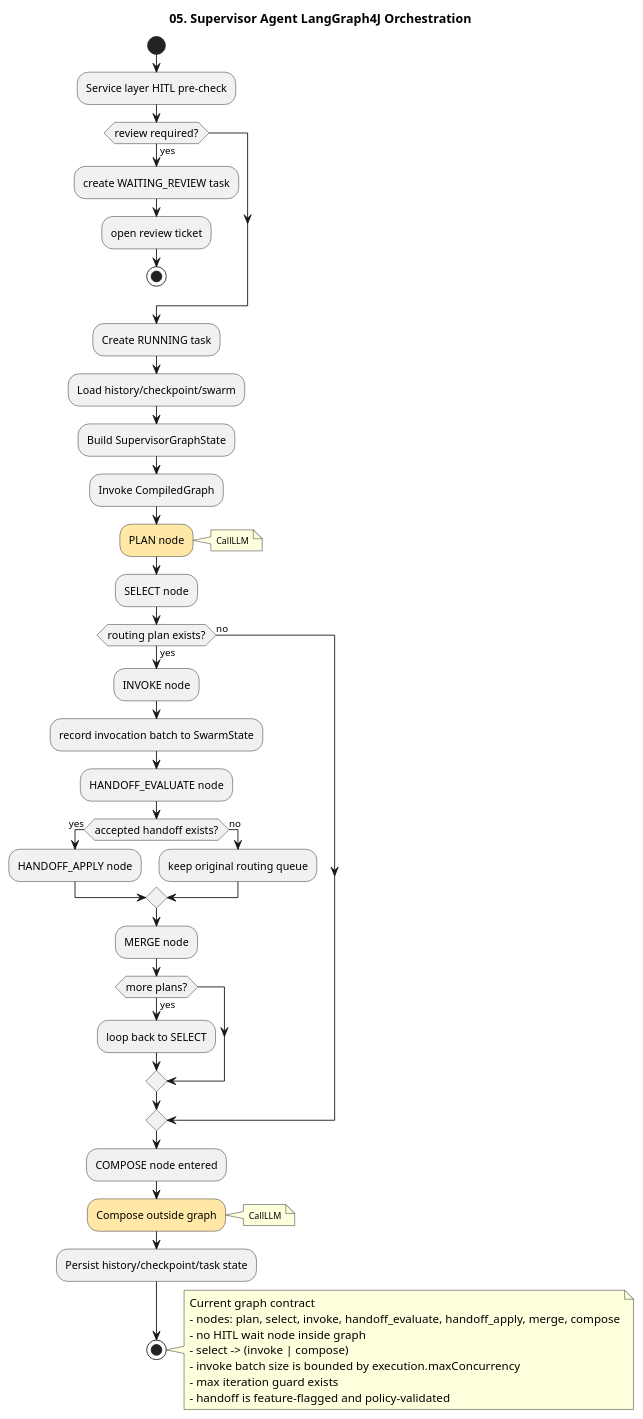
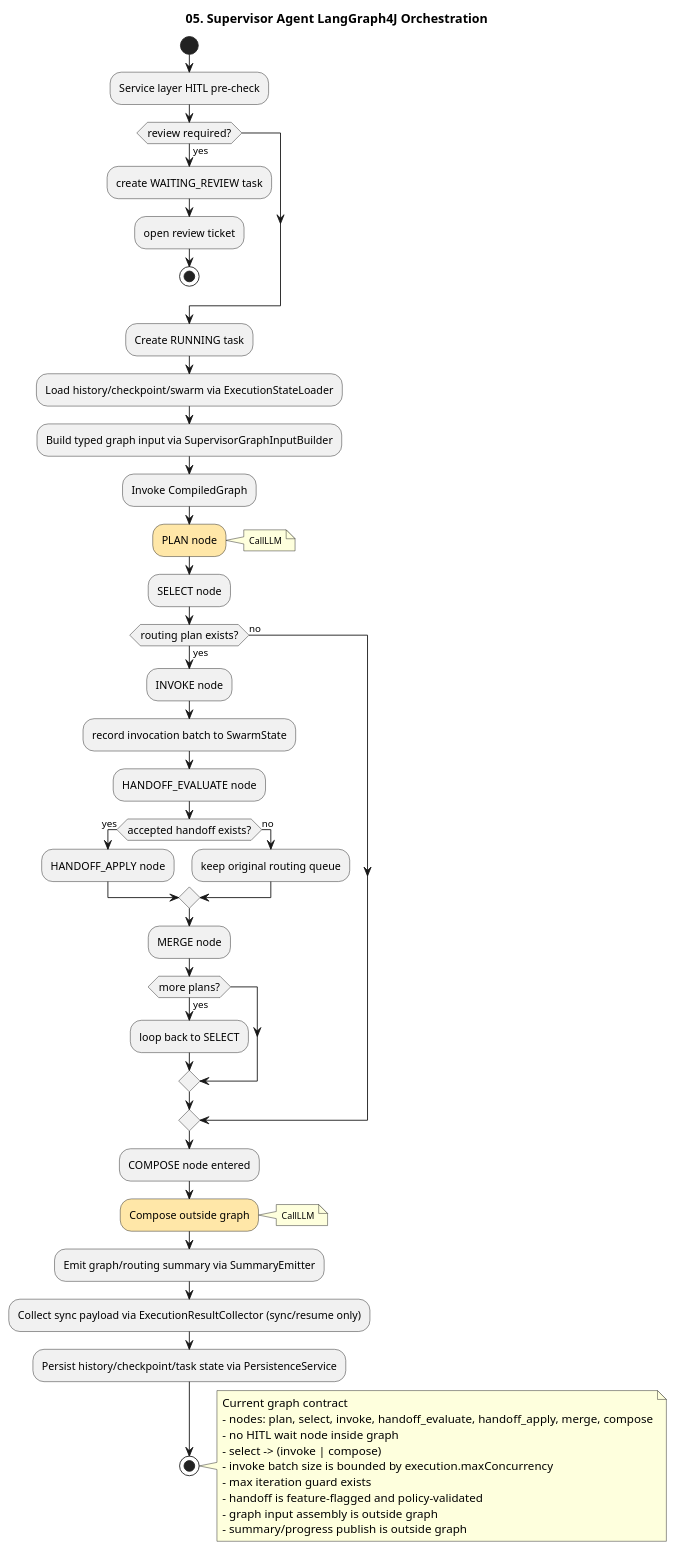
The diagram in documents/a2a-host_agent-architecture/05-langgraph-orchestration.puml (kim57uak/spring-ai), drawn with PlantUML before and after one commit. The commit also changed 100 other files, not shown here.

```diff
--- a/documents/a2a-host_agent-architecture/05-langgraph-orchestration.puml
+++ b/documents/a2a-host_agent-architecture/05-langgraph-orchestration.puml
@@ -1,63 +1,67 @@
 @startuml
 !pragma layout smetana
 title 05. Supervisor Agent LangGraph4J Orchestration
 
 skinparam shadowing false
 skinparam linetype ortho
 skinparam ActivityDiamondFontSize 12
 
 start
 
 :Service layer HITL pre-check;
 if (review required?) then (yes)
   :create WAITING_REVIEW task;
   :open review ticket;
   stop
 endif
 
 :Create RUNNING task;
-:Load history/checkpoint/swarm;
-:Build SupervisorGraphState;
+:Load history/checkpoint/swarm via ExecutionStateLoader;
+:Build typed graph input via SupervisorGraphInputBuilder;
 :Invoke CompiledGraph;
 
 #FFE7A8:PLAN node;
 note right
 <size:10>CallLLM</size>
 end note
 
 :SELECT node;
 if (routing plan exists?) then (yes)
   :INVOKE node;
   :record invocation batch to SwarmState;
   :HANDOFF_EVALUATE node;
   if (accepted handoff exists?) then (yes)
     :HANDOFF_APPLY node;
   else (no)
     :keep original routing queue;
   endif
   :MERGE node;
   if (more plans?) then (yes)
     :loop back to SELECT;
   endif
 else (no)
 endif
 
 :COMPOSE node entered;
 #FFE7A8:Compose outside graph;
 note right
 <size:10>CallLLM</size>
 end note
-:Persist history/checkpoint/task state;
+:Emit graph/routing summary via SummaryEmitter;
+:Collect sync payload via ExecutionResultCollector (sync/resume only);
+:Persist history/checkpoint/task state via PersistenceService;
 
 stop
 
 note right
 Current graph contract
 - nodes: plan, select, invoke, handoff_evaluate, handoff_apply, merge, compose
 - no HITL wait node inside graph
 - select -> (invoke | compose)
 - invoke batch size is bounded by execution.maxConcurrency
 - max iteration guard exists
 - handoff is feature-flagged and policy-validated
+- graph input assembly is outside graph
+- summary/progress publish is outside graph
 end note
 @enduml
```
